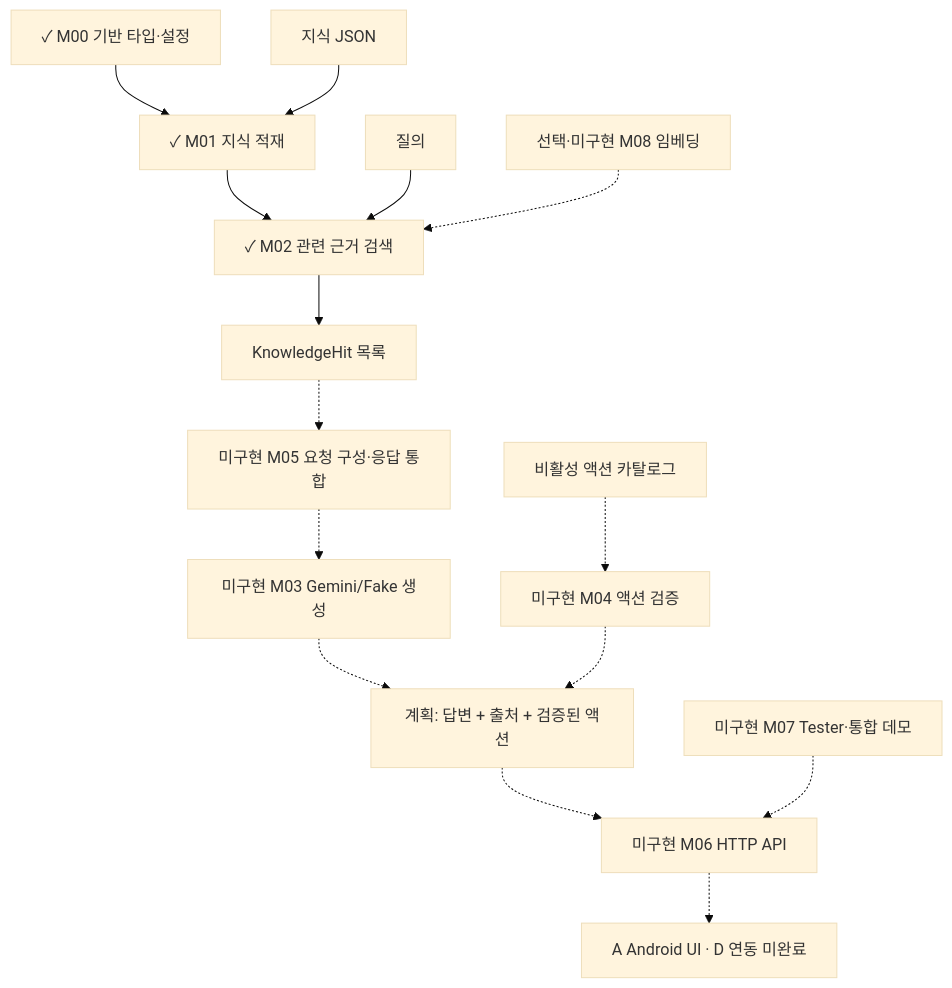
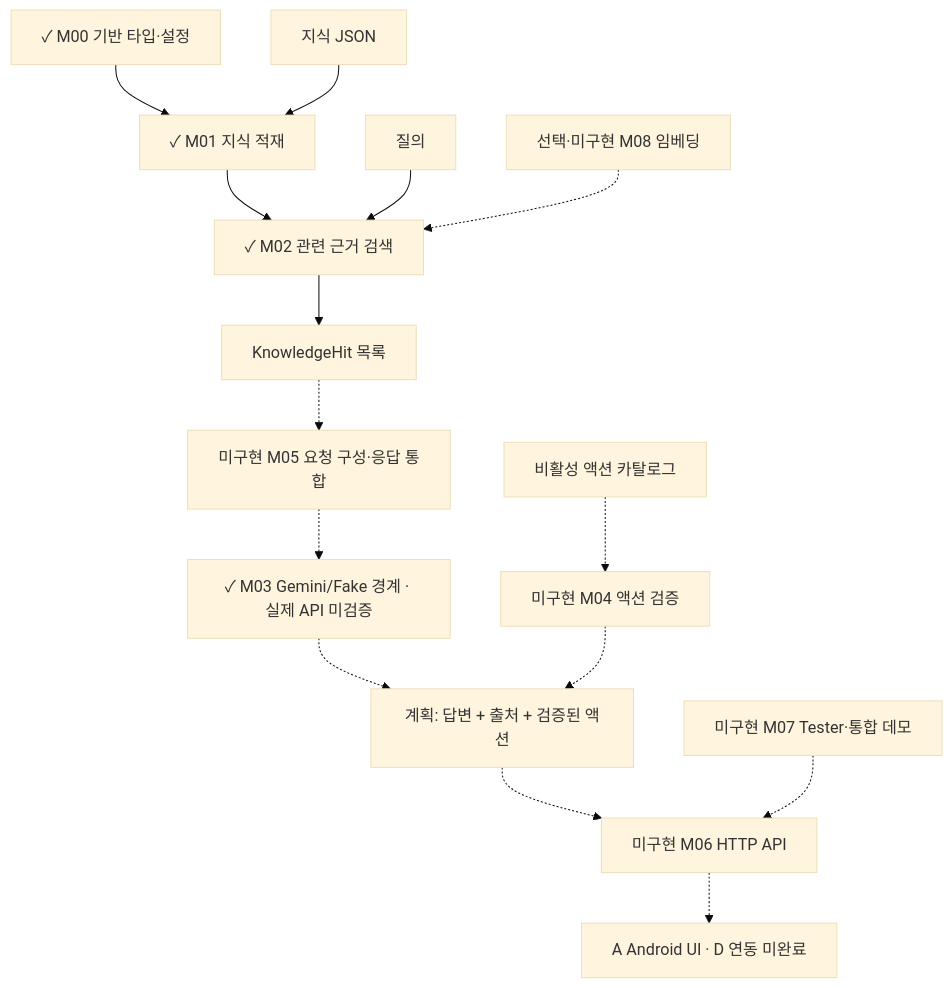
Before and after one commit to KeilyAE3/SilverRingo_Digital_Literacy_Assistant: the second of 3 diagrams in silver-ringo-d/docs/07_SPRINT_TRACKER.md, drawn with Mermaid (base theme). The commit also changed other lines of this file and 14 other files, not shown here.

````diff
--- a/silver-ringo-d/docs/07_SPRINT_TRACKER.md
+++ b/silver-ringo-d/docs/07_SPRINT_TRACKER.md
@@ -38,17 +38,17 @@
 ```mermaid
 flowchart TD
   M00["✓ M00 기반 타입·설정"] --> M01["✓ M01 지식 적재"]
   J["지식 JSON"] --> M01
   M01 --> M02["✓ M02 관련 근거 검색"]
   Q["질의"] --> M02
   M02 --> H["KnowledgeHit 목록"]
   H -.-> M05["미구현 M05 요청 구성·응답 통합"]
-  M05 -.-> M03["미구현 M03 Gemini/Fake 생성"]
+  M05 -.-> M03["✓ M03 Gemini/Fake 경계 · 실제 API 미검증"]
   A["비활성 액션 카탈로그"] -.-> M04["미구현 M04 액션 검증"]
   M03 -.-> R["계획: 답변 + 출처 + 검증된 액션"]
   M04 -.-> R
   R -.-> M06["미구현 M06 HTTP API"]
   M06 -.-> UI["A Android UI · D 연동 미완료"]
   M07["미구현 M07 Tester·통합 데모"] -.-> M06
   M08["선택·미구현 M08 임베딩"] -.-> M02
 ```
````
